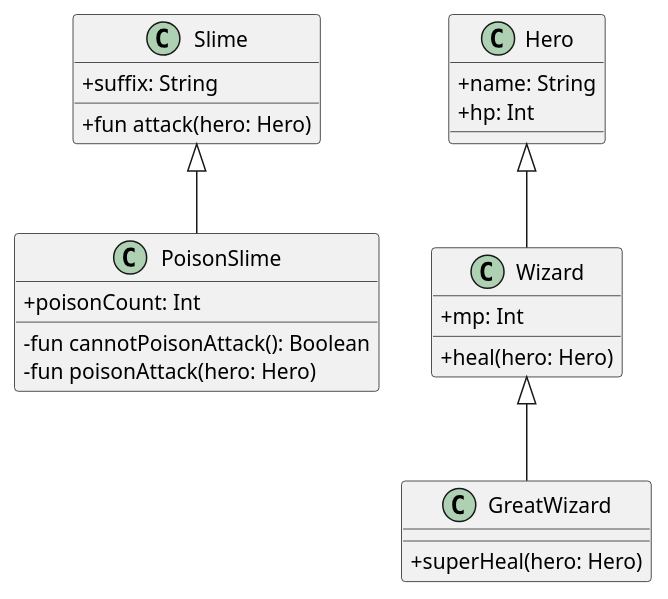
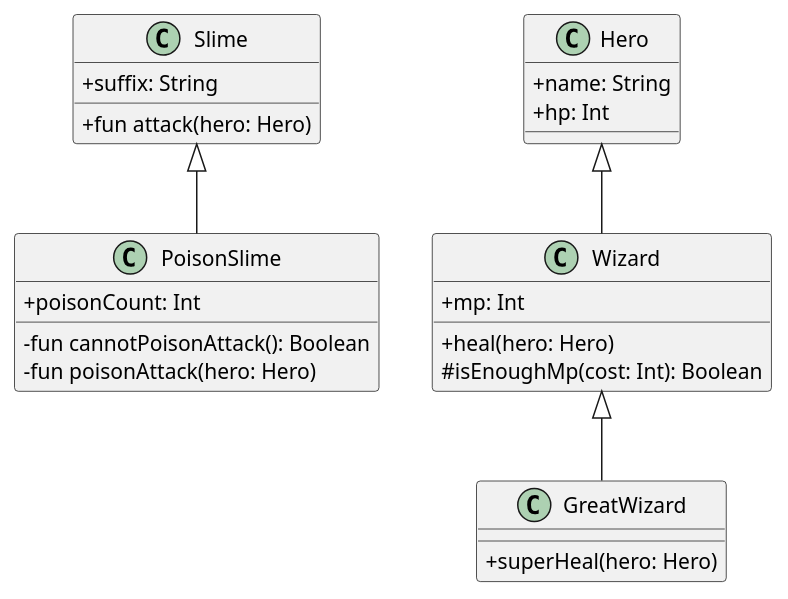
Before and after one commit to SurvivalCodingCampus/gangnam2_kotlin_study: the diagram in docs/game.puml, drawn with PlantUML.

Commit message:
refactor: 연습문제 6

```diff
--- a/docs/game.puml
+++ b/docs/game.puml
@@ -1,31 +1,32 @@
 @startuml
 skinparam classAttributeIconSize 0
 
 class Slime {
     + suffix: String
 
     + fun attack(hero: Hero)
 }
 
 class PoisonSlime extends Slime {
     + poisonCount: Int
 
     - fun cannotPoisonAttack(): Boolean
     - fun poisonAttack(hero: Hero)
 }
 
 class Hero {
     + name: String
     + hp: Int
 }
 
 class Wizard extends Hero {
     + mp: Int
 
     + heal(hero: Hero)
+    # isEnoughMp(cost: Int): Boolean
 }
 
 class GreatWizard extends Wizard {
     + superHeal(hero: Hero)
 }
 @enduml
```
